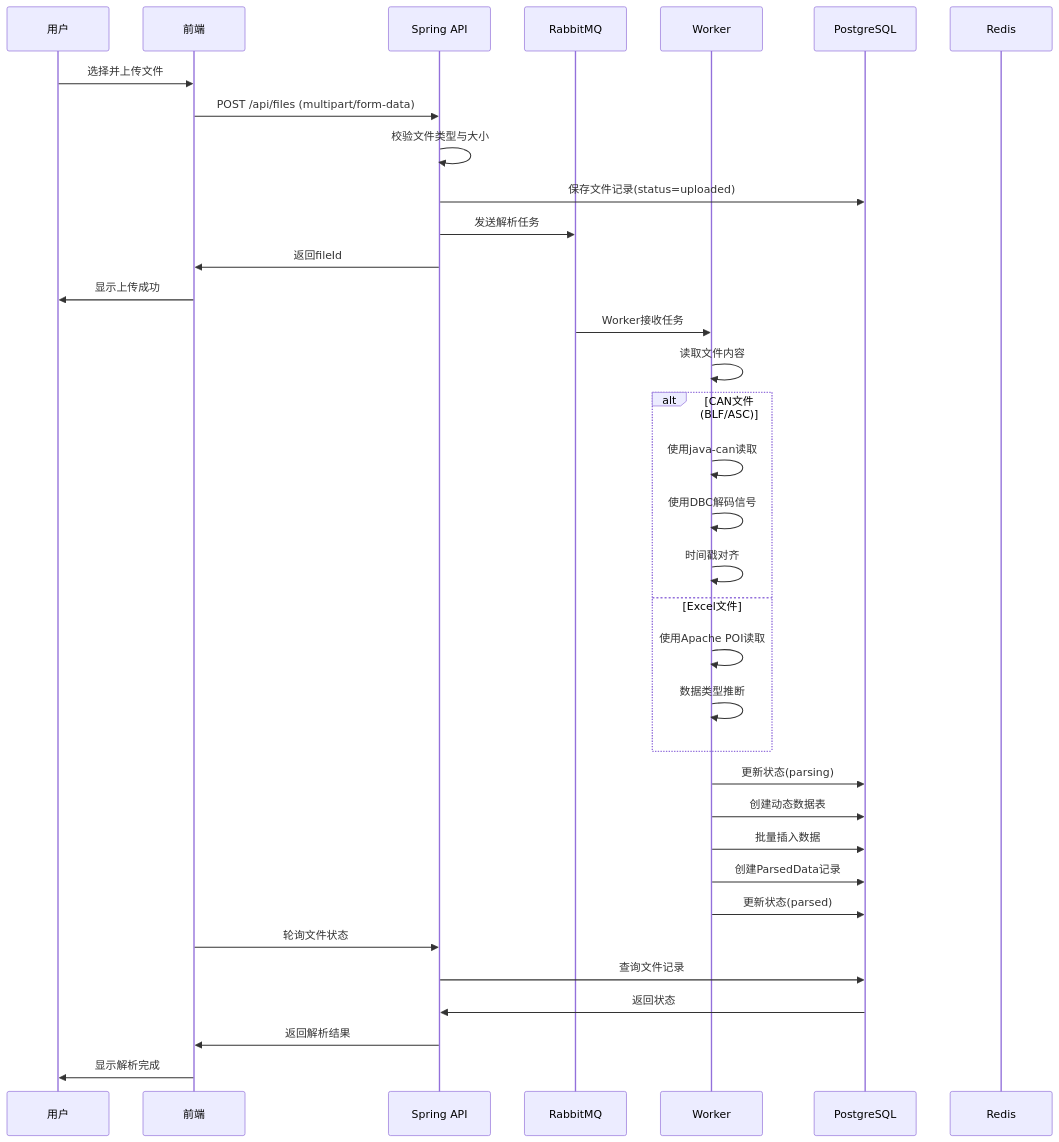
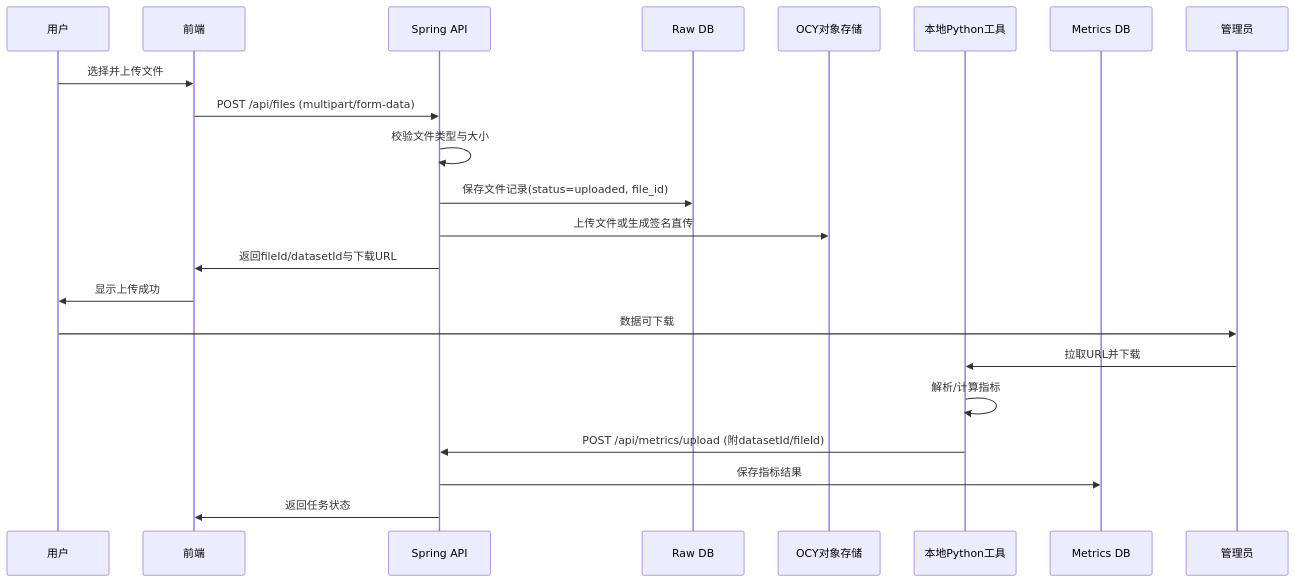
One commit to fenwickxie/data_develop_java changed the fourth of 18 diagrams in docs/INTERACTION_LOGIC_JAVA.md. Above: the diagram before and after it, drawn with Mermaid. The commit also changed other lines of this file and 86 other files, not shown here.

````diff
--- a/docs/INTERACTION_LOGIC_JAVA.md
+++ b/docs/INTERACTION_LOGIC_JAVA.md
@@ -200,43 +293,26 @@
 ```mermaid
 sequenceDiagram
     participant U as 用户
     participant F as 前端
     participant A as Spring API
-    participant MQ as RabbitMQ
-    participant C as Worker
-    participant DB as PostgreSQL
-    participant R as Redis
+    participant DBR as Raw DB
+    participant OBS as OCY对象存储
+    participant PTool as 本地Python工具
+    participant DBM as Metrics DB
 
     U->>F: 选择并上传文件
     F->>A: POST /api/files (multipart/form-data)
 
     A->>A: 校验文件类型与大小
-    A->>DB: 保存文件记录(status=uploaded)
-    A->>MQ: 发送解析任务
-    A->>F: 返回fileId
+    A->>DBR: 保存文件记录(status=uploaded, file_id)
+    A->>OBS: 上传文件或生成签名直传
+    A->>F: 返回fileId/datasetId与下载URL
     F->>U: 显示上传成功
 
-    MQ->>C: Worker接收任务
-    C->>C: 读取文件内容
-
-    alt CAN文件 (BLF/ASC)
-        C->>C: 使用java-can读取
-        C->>C: 使用DBC解码信号
-        C->>C: 时间戳对齐
-    else Excel文件
-        C->>C: 使用Apache POI读取
-        C->>C: 数据类型推断
-    end
-
-    C->>DB: 更新状态(parsing)
-    C->>DB: 创建动态数据表
-    C->>DB: 批量插入数据
-    C->>DB: 创建ParsedData记录
-    C->>DB: 更新状态(parsed)
-
-    F->>A: 轮询文件状态
-    A->>DB: 查询文件记录
-    DB->>A: 返回状态
-    A->>F: 返回解析结果
-    F->>U: 显示解析完成
+    U->>管理员: 数据可下载
+    管理员->>PTool: 拉取URL并下载
+    PTool->>PTool: 解析/计算指标
+    PTool->>A: POST /api/metrics/upload (附datasetId/fileId)
+    A->>DBM: 保存指标结果
+    A->>F: 返回任务状态
 ```
````
